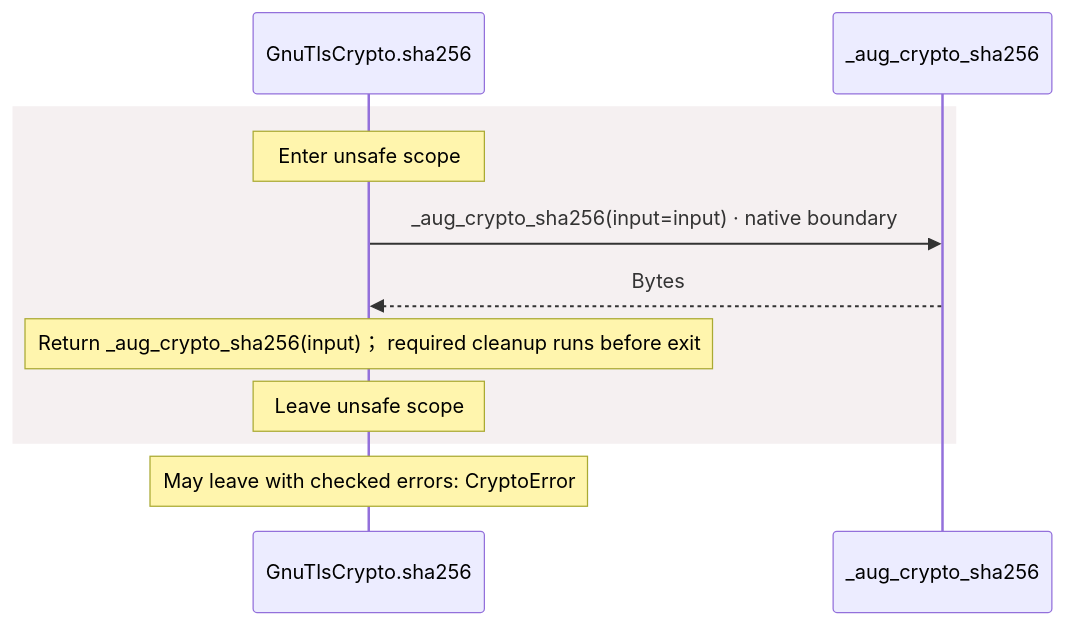
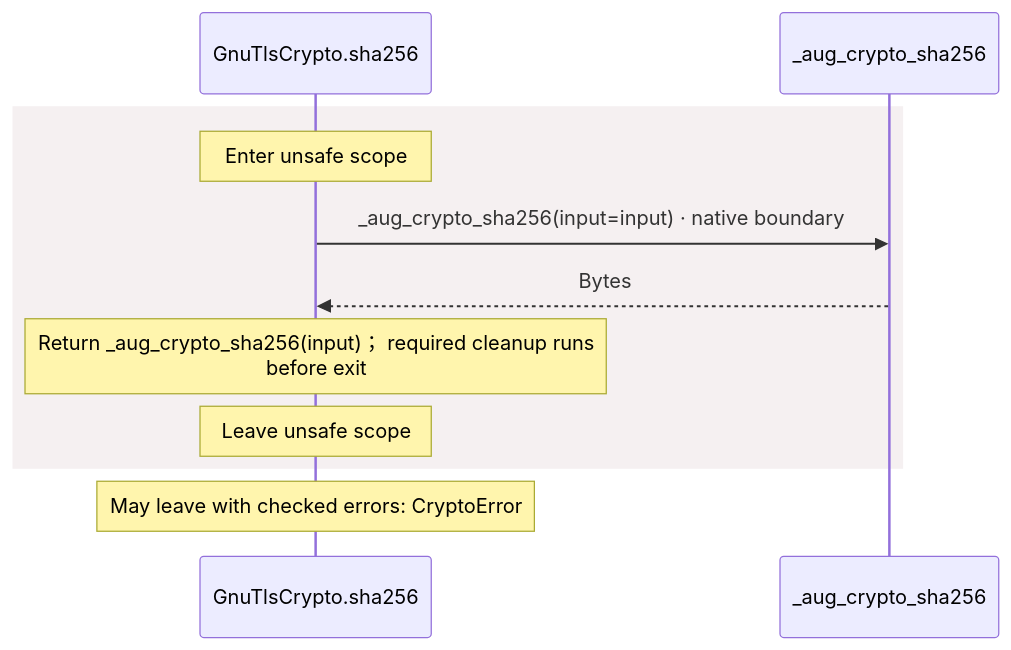
The fifth of 14 diagrams in docs/examples/oidc-login/dependencies/packages/@git/url_9ef654c66d34ab8f5527/0.0.0-git.b14a0f9aa41f1ce58bd51133bcdc424033e40d40/contracts-diagrams.md (GreenPandaStudios/augscript), drawn with Mermaid before and after one commit. The commit also changed other lines of this file and 200 other files, not shown here.

Commit message:
Group imported operations and wrap readable sequence messages

````diff
--- a/docs/examples/oidc-login/dependencies/packages/@git/url_9ef654c66d34ab8f5527/0.0.0-git.b14a0f9aa41f1ce58bd51133bcdc424033e40d40/contracts-diagrams.md
+++ b/docs/examples/oidc-login/dependencies/packages/@git/url_9ef654c66d34ab8f5527/0.0.0-git.b14a0f9aa41f1ce58bd51133bcdc424033e40d40/contracts-diagrams.md
@@ -311,13 +311,13 @@
 ```mermaid
 sequenceDiagram
     participant p0 as GnuTlsCrypto.sha256
     participant p1 as _aug_crypto_sha256
     rect rgb(245, 240, 241)
     Note over p0: Enter unsafe scope
     p0->>p1: _aug_crypto_sha256(input=input) · native boundary
     p1-->>p0: Bytes
-    Note over p0: Return _aug_crypto_sha256(input)； required cleanup runs before exit
+    Note over p0: Return _aug_crypto_sha256(input)； required cleanup runs<br/>before exit
     Note over p0: Leave unsafe scope
     end
     Note over p0: May leave with checked errors: CryptoError
 ```
````
